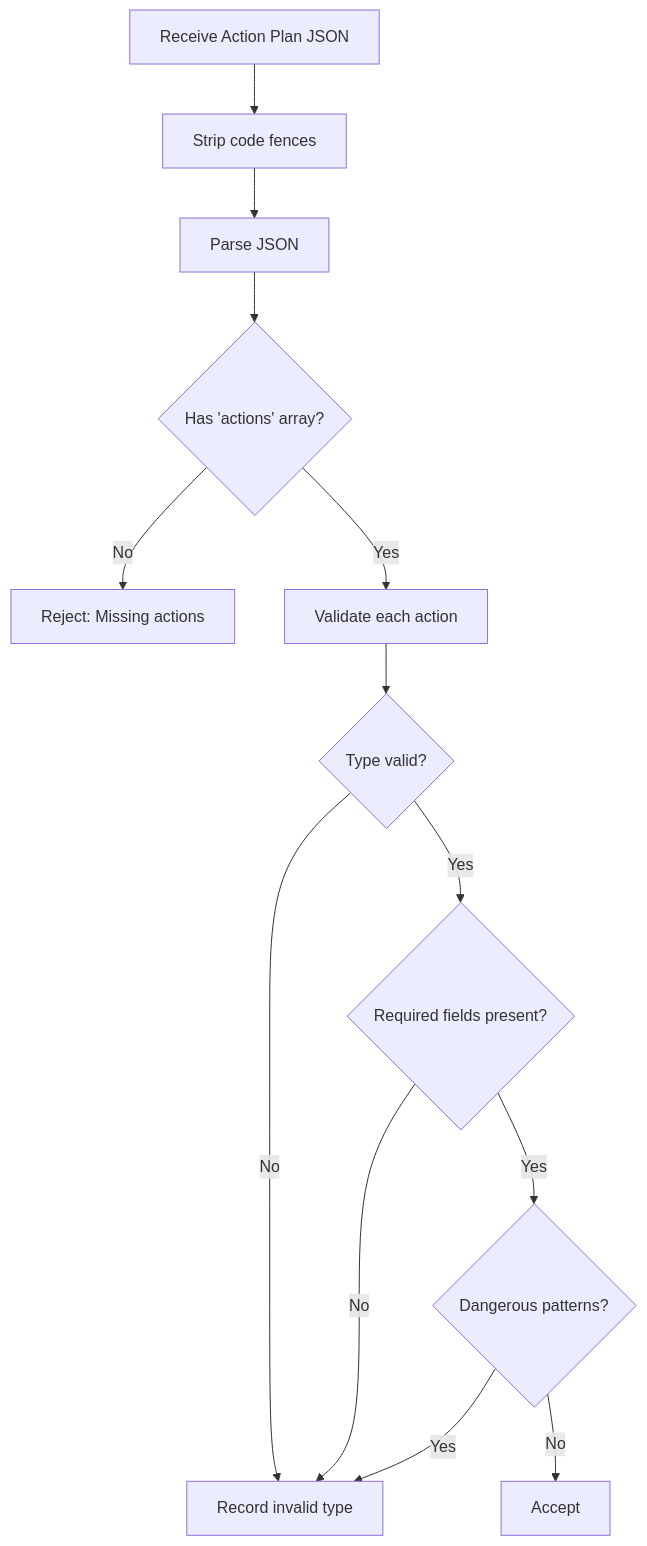
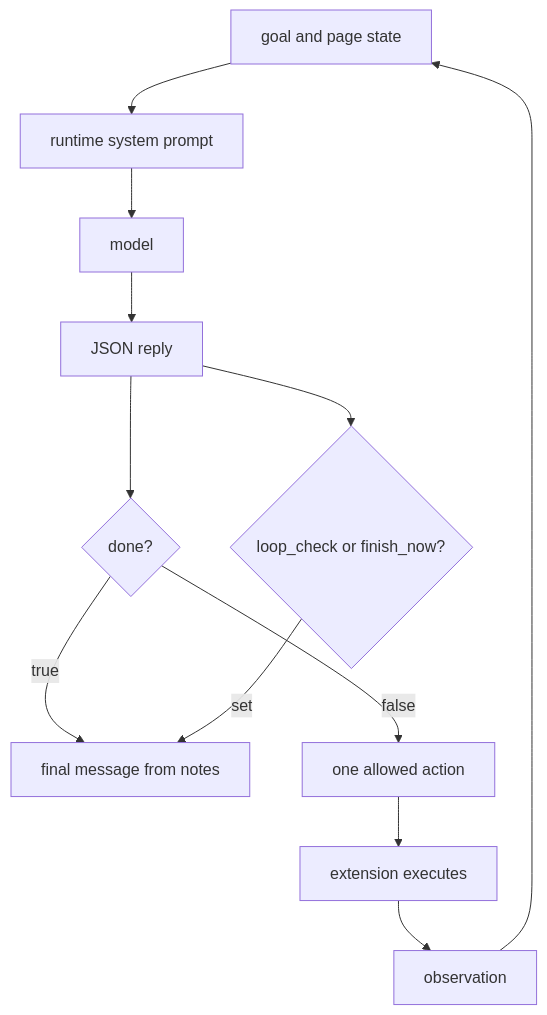
Before and after one commit to tashifkhan/tashif.codes: the third of 7 diagrams in src/data/docs/agentic-browser/AI Agent System/Prompt Engineering System.md, drawn with Mermaid. The commit also changed other lines of this file and 114 other files, not shown here.

````diff
--- a/src/data/docs/agentic-browser/AI Agent System/Prompt Engineering System.md
+++ b/src/data/docs/agentic-browser/AI Agent System/Prompt Engineering System.md
@@ -174,15 +77,14 @@
 ```mermaid
 flowchart TD
-A["Receive Action Plan JSON"] --> B["Strip code fences"]
-B --> C["Parse JSON"]
-C --> D{"Has 'actions' array?"}
-D --> |No| E["Reject: Missing actions"]
-D --> |Yes| F["Validate each action"]
-F --> G{"Type valid?"}
-G --> |No| H["Record invalid type"]
-G --> |Yes| I{"Required fields present?"}
-I --> |No| H
-I --> |Yes| J{"Dangerous patterns?"}
-J --> |Yes| H
-J --> |No| K["Accept"]
+  G["goal and page state"] --> P["runtime system prompt"]
+  P --> M["model"]
+  M --> J["JSON reply"]
+  J --> D{"done?"}
+  D -->|true| F["final message from notes"]
+  D -->|false| A["one allowed action"]
+  A --> E["extension executes"]
+  E --> O["observation"]
+  O --> G
+  J --> L{"loop_check or finish_now?"}
+  L -->|set| F
 ```
````
